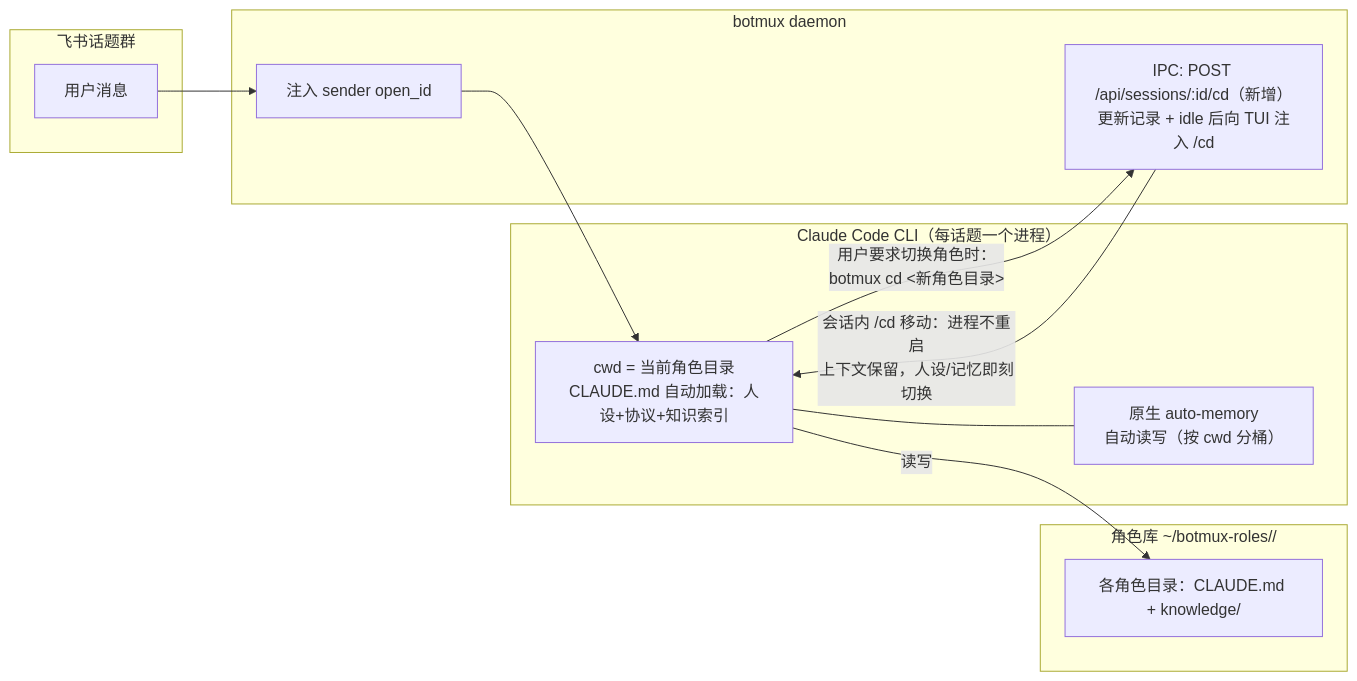
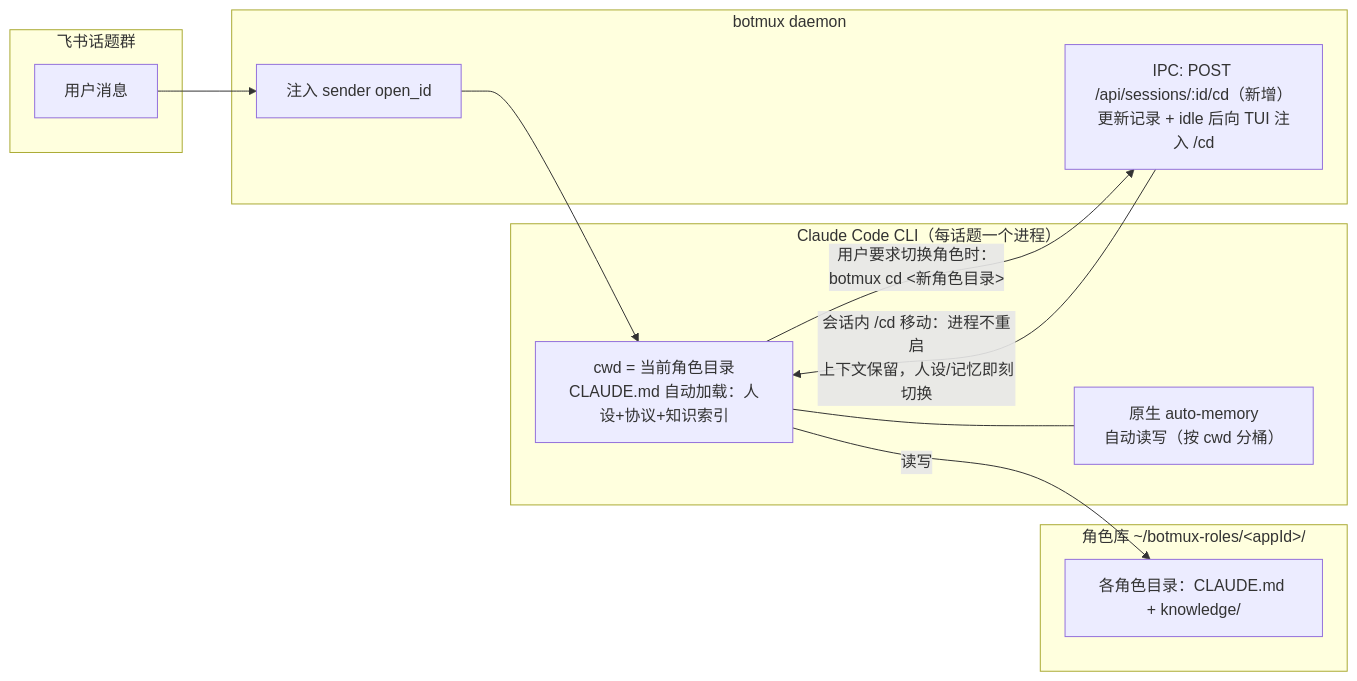
One commit to AlexwellChen/botmux changed the first of 2 diagrams in docs/role-system-design.md. Above: the diagram before and after it, drawn with Mermaid. The commit also changed other lines of this file and 10 other files, not shown here.

````diff
--- a/docs/role-system-design.md
+++ b/docs/role-system-design.md
@@ -54,27 +54,27 @@
 ```mermaid
 flowchart LR
     subgraph feishu[飞书话题群]
         U[用户消息]
     end
     subgraph daemon[botmux daemon]
         S[注入 sender open_id]
         R["IPC: POST /api/sessions/:id/cd（新增）
 更新记录 + idle 后向 TUI 注入 /cd"]
     end
     subgraph cli[Claude Code CLI（每话题一个进程）]
         C["cwd = 当前角色目录
 CLAUDE.md 自动加载：人设+协议+知识索引"]
         M["原生 auto-memory
 自动读写（按 cwd 分桶）"]
     end
-    subgraph store[角色库 ~/botmux-roles/<bot>/]
+    subgraph store[角色库 ~/botmux-roles/&lt;appId&gt;/]
         P[各角色目录：CLAUDE.md + knowledge/]
     end
     U --> S --> C
     C --- M
     C -->|"用户要求切换角色时：
 botmux cd <新角色目录>"| R
     R -->|"会话内 /cd 移动：进程不重启
 上下文保留，人设/记忆即刻切换"| C
     C -->|读写| P
 ```
````
